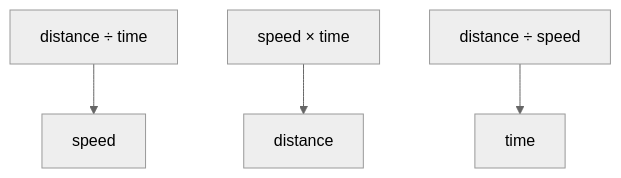
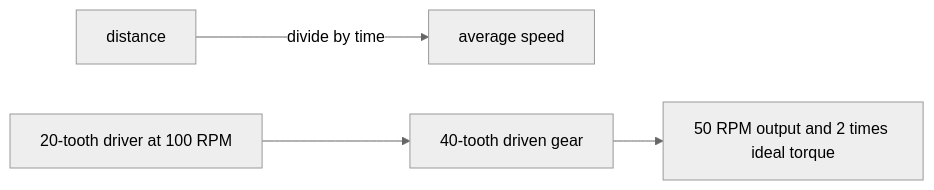
Before and after one commit to ARES-23247/ARESWEB: the diagram in content/learning/middle-school-stem/01-rates-units-motion.md, drawn with Mermaid (neutral theme). The commit also changed other lines of this file and 47 other files, not shown here.

````diff
--- a/content/learning/middle-school-stem/01-rates-units-motion.md
+++ b/content/learning/middle-school-stem/01-rates-units-motion.md
@@ -14,7 +57,7 @@
 ```mermaid
-%% aria: Distance divided by time gives speed. Speed multiplied by time gives distance. Distance divided by speed gives time.
-flowchart TD
-  A["distance ÷ time"] --> B["speed"]
-  C["speed × time"] --> D["distance"]
-  E["distance ÷ speed"] --> F["time"]
+%% aria: Distance divided by time gives speed. A small driver turning a larger driven gear lowers output speed while raising ideal torque.
+flowchart LR
+  D["distance"] -->|"divide by time"| S["average speed"]
+  A["20-tooth driver at 100 RPM"] --> B["40-tooth driven gear"]
+  B --> C["50 RPM output and 2 times ideal torque"]
 ```
````
